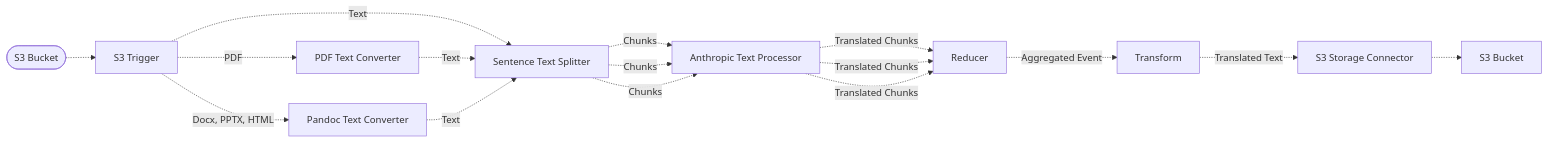
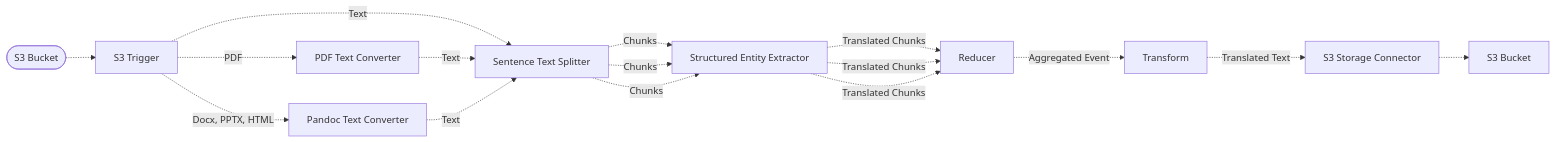
One commit to awslabs/project-lakechain changed the diagram in examples/simple-pipelines/text-translation-pipelines/bedrock-translation-pipeline/README.md. Above: the diagram before and after it, drawn with Mermaid. The commit also changed other lines of this file and 48 other files, not shown here.

Commit message:
feat: add structured entity extractor and examples

````diff
--- a/examples/simple-pipelines/text-translation-pipelines/bedrock-translation-pipeline/README.md
+++ b/examples/simple-pipelines/text-translation-pipelines/bedrock-translation-pipeline/README.md
@@ -7,18 +7,18 @@
 ```mermaid
 flowchart LR
   Input([S3 Bucket]) -.-> Trigger[S3 Trigger]
   Trigger -. PDF .-> PDF[PDF Text Converter]
   Trigger -. Docx, PPTX, HTML .-> Pandoc[Pandoc Text Converter]
   Trigger -. Text .-> TextSplitter[Sentence Text Splitter]
   PDF -. Text .-> TextSplitter
   Pandoc -. Text .-> TextSplitter
-  TextSplitter -. Chunks .-> Anthropic[Anthropic Text Processor]
-  TextSplitter -. Chunks .-> Anthropic[Anthropic Text Processor]
-  TextSplitter -. Chunks .-> Anthropic[Anthropic Text Processor]
-  Anthropic -. Translated Chunks .-> Reducer[Reducer]
-  Anthropic -. Translated Chunks .-> Reducer[Reducer]
-  Anthropic -. Translated Chunks .-> Reducer[Reducer]
+  TextSplitter -. Chunks .-> Extractor[Structured Entity Extractor]
+  TextSplitter -. Chunks .-> Extractor[Structured Entity Extractor]
+  TextSplitter -. Chunks .-> Extractor[Structured Entity Extractor]
+  Extractor -. Translated Chunks .-> Reducer[Reducer]
+  Extractor -. Translated Chunks .-> Reducer[Reducer]
+  Extractor -. Translated Chunks .-> Reducer[Reducer]
   Reducer -. Aggregated Event .-> Transform[Transform]
   Transform -. Translated Text .-> S3[S3 Storage Connector]
   S3 -.-> Output[S3 Bucket]
 ```
````
